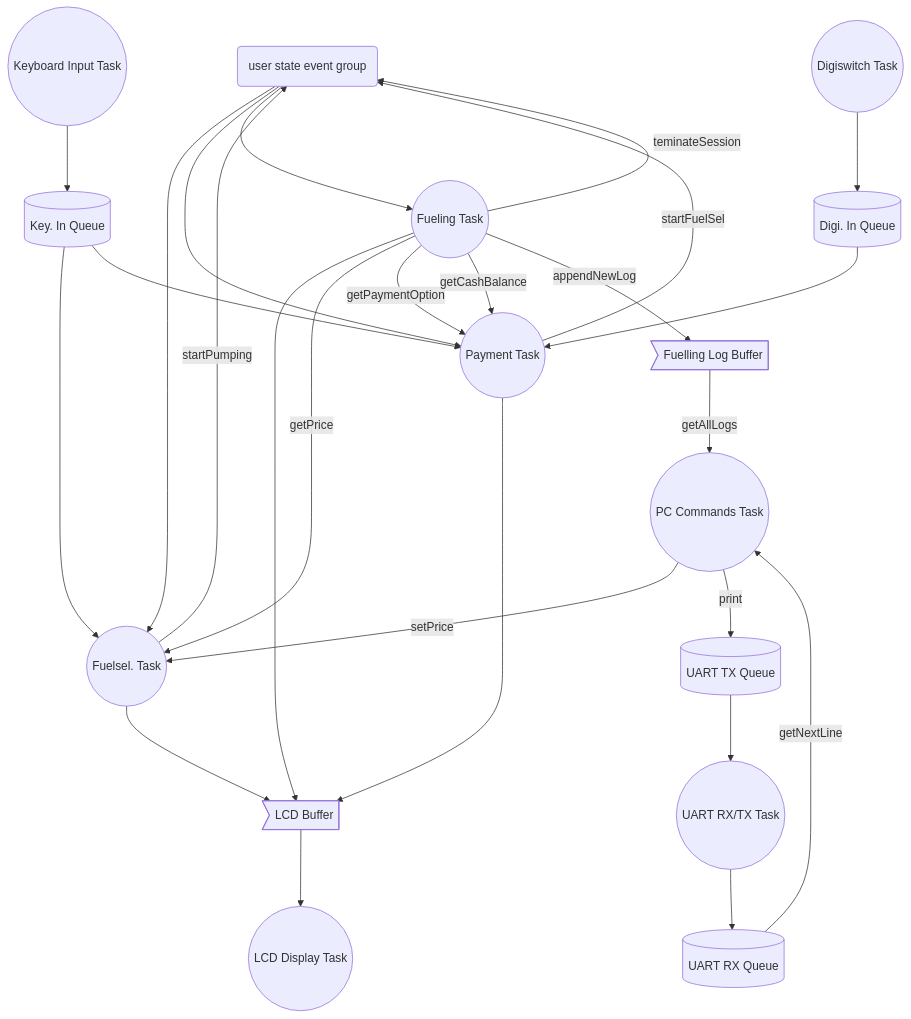
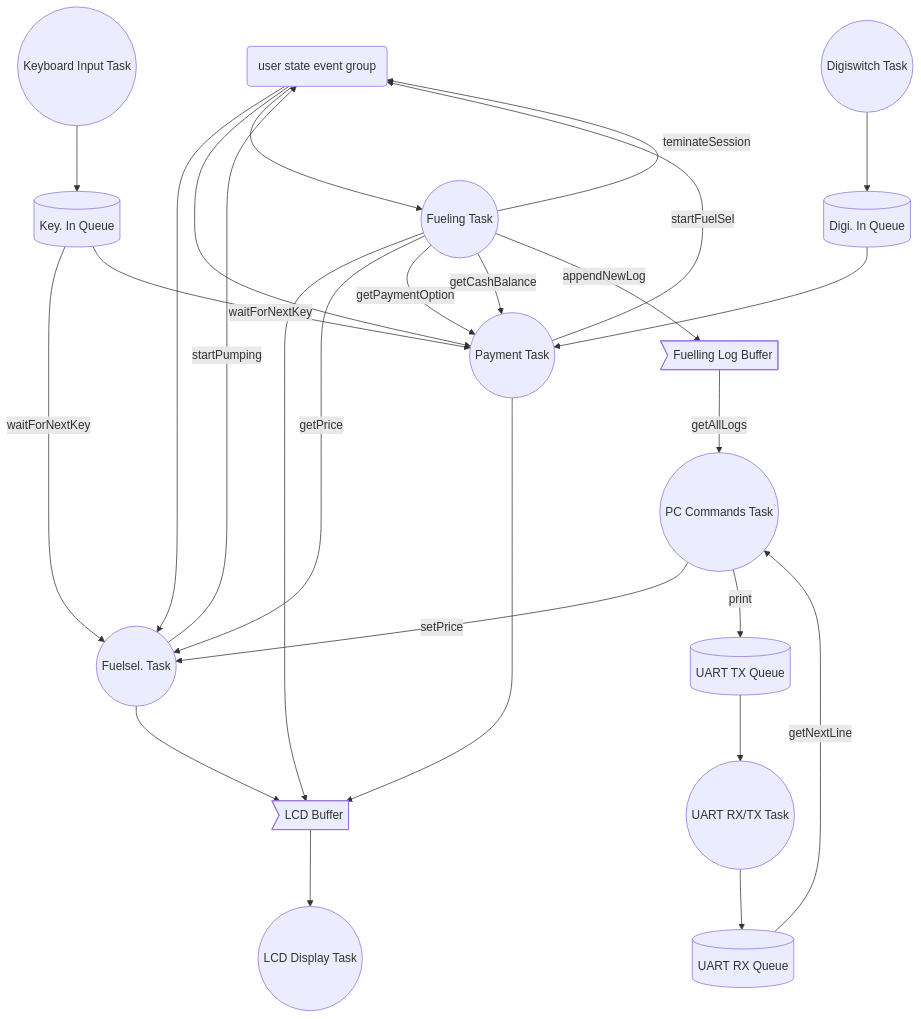
Before and after one commit to jjsanda/SDU-embedded-programming: the diagram in README.md, drawn with Mermaid.

````diff
--- a/README.md
+++ b/README.md
@@ -3,57 +3,57 @@
 ```mermaid
 graph TD
 
   gsEG(user state event group)
 
   pay((Payment Task))
   fuelsel((Fuelsel. Task))
   fueling((Fueling Task))
   lcd((LCD Display Task))
   keyboard((Keyboard Input Task))
   digi((Digiswitch Task))
   uart((UART RX/TX Task))
   pc((PC Commands Task))
   
   keyQ[(Key. In Queue)]
   digiQ[(Digi. In Queue)]
   rxQ[(UART RX Queue)]
   txQ[(UART TX Queue)]
 
   lcdB>LCD Buffer]
   logB>Fuelling Log Buffer]
 
 
-  keyQ-->fuelsel
+  keyQ--waitForNextKey-->fuelsel
   gsEG-->fuelsel
   pc--setPrice-->fuelsel
   fuelsel-->lcdB
   fuelsel--startPumping-->gsEG
   
 
   uart-->rxQ
   rxQ--getNextLine-->pc
   pc--print-->txQ
   logB--getAllLogs-->pc
   txQ-->uart
 
   keyboard-->keyQ 
-  keyQ-->pay
+  keyQ--waitForNextKey-->pay
   gsEG-->pay
   digi-->digiQ
   digiQ-->pay
   pay-->lcdB
   pay--startFuelSel-->gsEG
 
 
 
   lcdB-->lcd
 
 
   gsEG-->fueling
   fueling-->lcdB
   fueling--getPrice-->fuelsel
   fueling--getPaymentOption-->pay
   fueling--getCashBalance-->pay
   fueling--teminateSession-->gsEG
   fueling--appendNewLog-->logB
 ```
````
